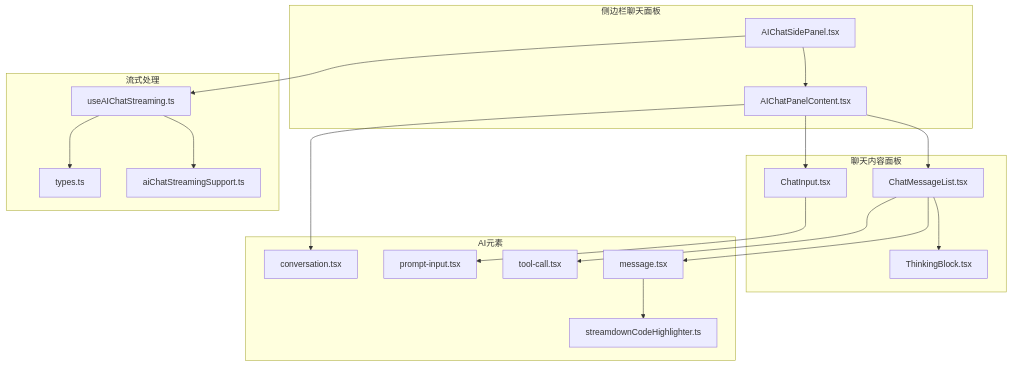
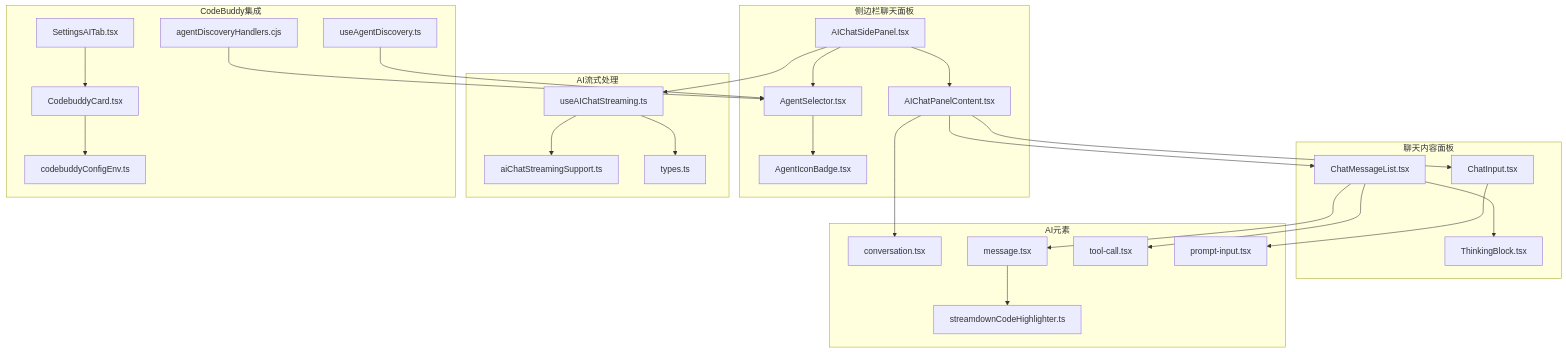
The first of 8 diagrams in .qoder/repowiki/zh/content/用户指南/AI代理集成/AI聊天界面.md (szeiyou/Netcatty), drawn with Mermaid before and after one commit. The commit also changed other lines of this file and 8 other files, not shown here.

````diff
--- a/.qoder/repowiki/zh/content/用户指南/AI代理集成/AI聊天界面.md
+++ b/.qoder/repowiki/zh/content/用户指南/AI代理集成/AI聊天界面.md
@@ -39,36 +49,51 @@
 ```mermaid
 graph TB
 subgraph "侧边栏聊天面板"
 SidePanel["AIChatSidePanel.tsx"]
 PanelContent["AIChatPanelContent.tsx"]
+AgentSelector["AgentSelector.tsx"]
+AgentIconBadge["AgentIconBadge.tsx"]
 end
 subgraph "聊天内容面板"
 MsgList["ChatMessageList.tsx"]
 Input["ChatInput.tsx"]
 Thinking["ThinkingBlock.tsx"]
 end
 subgraph "AI元素"
 Conv["conversation.tsx"]
 MsgElem["message.tsx"]
 ToolCall["tool-call.tsx"]
 PromptInput["prompt-input.tsx"]
 CodeHL["streamdownCodeHighlighter.ts"]
 end
-subgraph "流式处理"
+subgraph "AI流式处理"
 Hook["useAIChatStreaming.ts"]
 Support["aiChatStreamingSupport.ts"]
 Types["types.ts"]
 end
+subgraph "CodeBuddy集成"
+CodebuddyCard["CodebuddyCard.tsx"]
+CodebuddyEnv["codebuddyConfigEnv.ts"]
+SettingsAITab["SettingsAITab.tsx"]
+AgentDiscovery["agentDiscoveryHandlers.cjs"]
+UseAgentDiscovery["useAgentDiscovery.ts"]
+end
 SidePanel --> PanelContent
+SidePanel --> AgentSelector
+AgentSelector --> AgentIconBadge
 PanelContent --> MsgList
 PanelContent --> Input
 MsgList --> Thinking
 MsgList --> MsgElem
 MsgList --> ToolCall
 MsgElem --> CodeHL
 Input --> PromptInput
 PanelContent --> Conv
 SidePanel --> Hook
 Hook --> Support
 Hook --> Types
+SettingsAITab --> CodebuddyCard
+CodebuddyCard --> CodebuddyEnv
+AgentDiscovery --> AgentSelector
+UseAgentDiscovery --> AgentSelector
 ```
````
